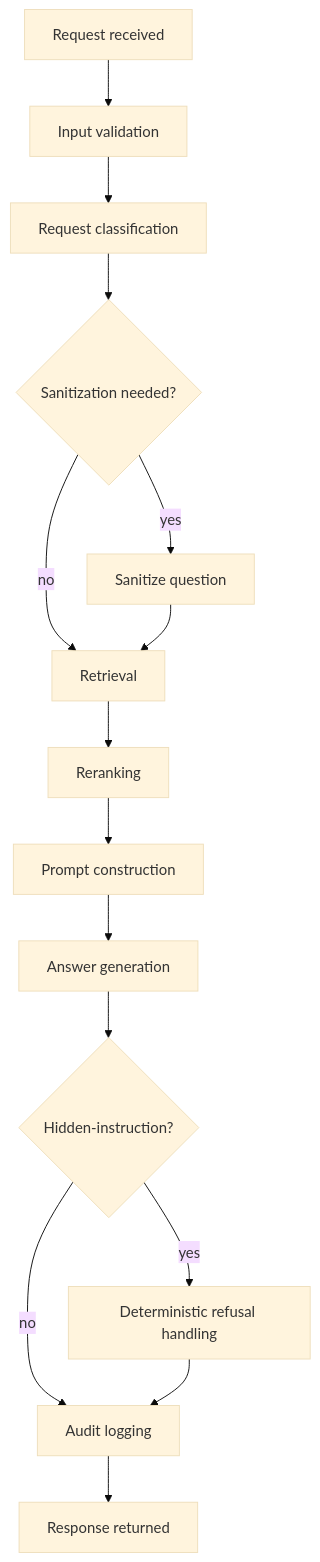
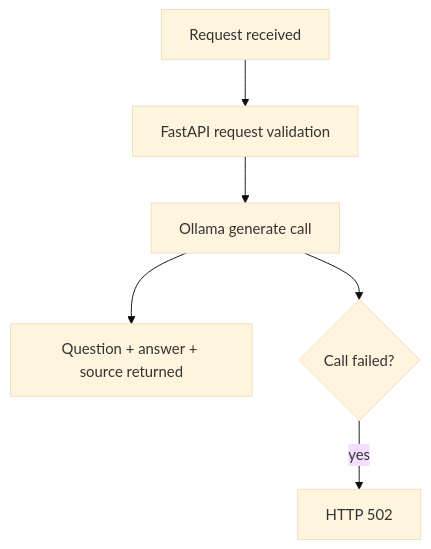
Before and after one commit to ialpay/enterprise-genai-platform: the second of 2 diagrams in docs/architecture-packaging.md, drawn with Mermaid (base theme). The commit also changed other lines of this file and 1 other file, not shown here.

````diff
--- a/docs/architecture-packaging.md
+++ b/docs/architecture-packaging.md
@@ -57,17 +58,8 @@
 ```mermaid
 flowchart TD
-  req[Request received] --> validate[Input validation]
-  validate --> classify[Request classification]
-  classify --> sanitize{Sanitization needed?}
-  sanitize -->|yes| sanitized[Sanitize question]
-  sanitize -->|no| retrieval[Retrieval]
-  sanitized --> retrieval
-  retrieval --> rerank[Reranking]
-  rerank --> prompt[Prompt construction]
-  prompt --> answer[Answer generation]
-  answer --> refusal{Hidden-instruction?}
-  refusal -->|yes| wrap[Deterministic refusal handling]
-  refusal -->|no| audit[Audit logging]
-  wrap --> audit
-  audit --> resp[Response returned]
+  req[Request received] --> validate[FastAPI request validation]
+  validate --> ollama[Ollama generate call]
+  ollama --> resp[Question + answer + source returned]
+  ollama --> fail{Call failed?}
+  fail -->|yes| err[HTTP 502]
 ```
````
